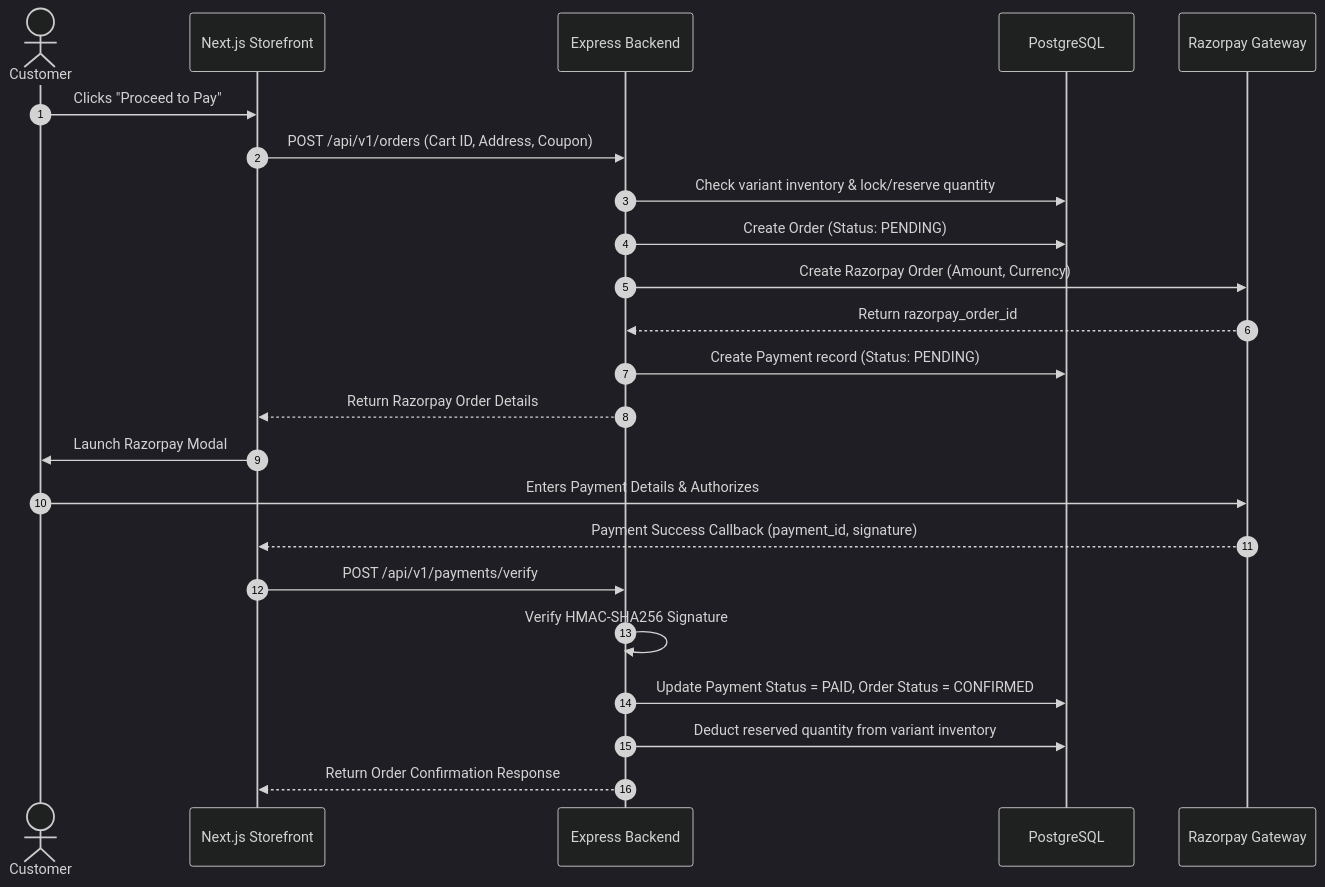
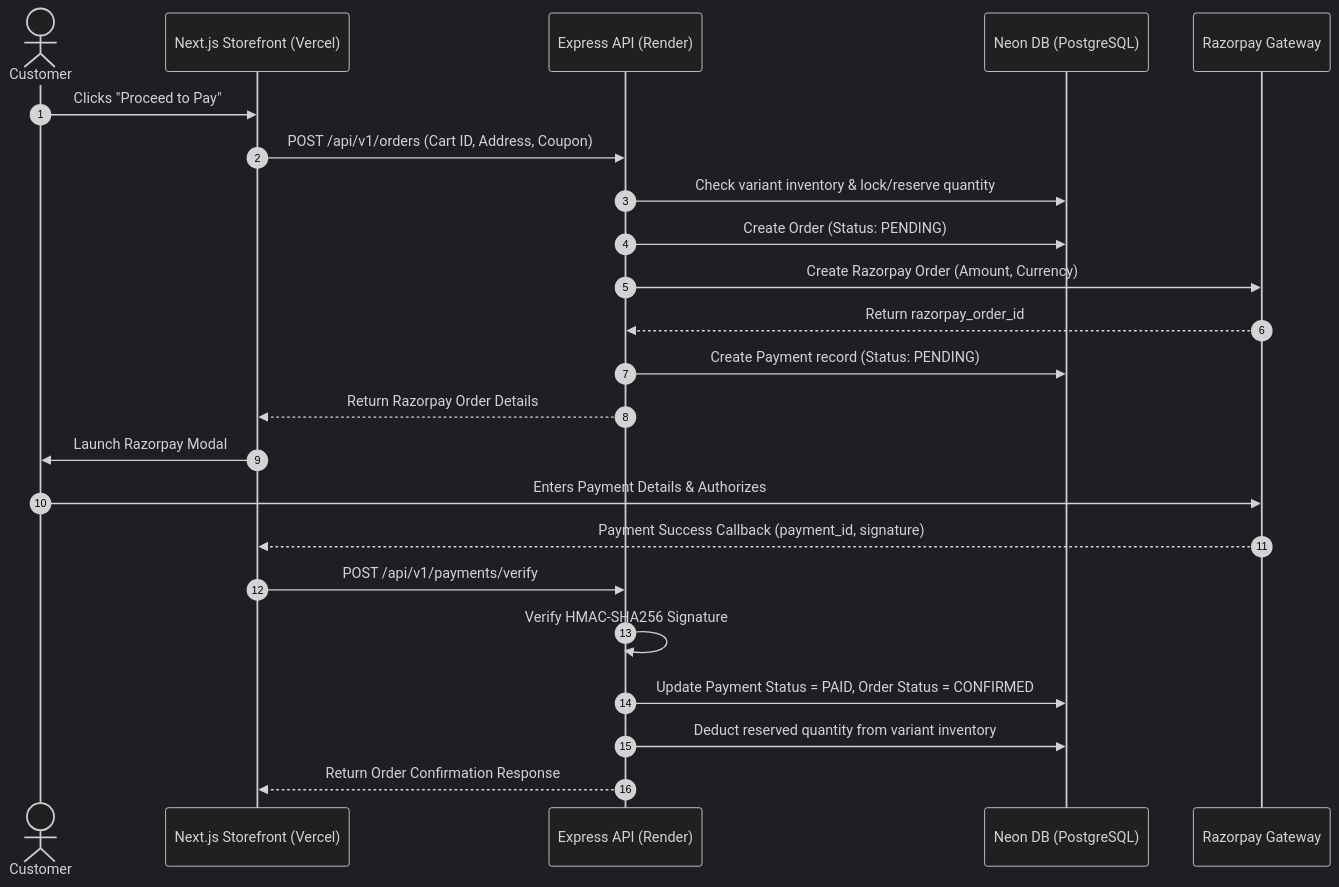
Before and after one commit to BankimKamila185/brand: the third of 3 diagrams in ARCHITECTURE.md, drawn with Mermaid (dark theme). The commit also changed other lines of this file and 1 other file, not shown here.

Commit message:
docs: update architecture and tech stack to reflect Vercel, Render, Render Redis, Neon DB, and Cloudflare R2

````diff
--- a/ARCHITECTURE.md
+++ b/ARCHITECTURE.md
@@ -170,26 +144,26 @@
 ```mermaid
 sequenceDiagram
     autonumber
     actor Customer
-    participant App as Next.js Storefront
-    participant API as Express Backend
-    participant DB as PostgreSQL
+    participant App as Next.js Storefront (Vercel)
+    participant API as Express API (Render)
+    participant DB as Neon DB (PostgreSQL)
     participant RZ as Razorpay Gateway
 
     Customer->>App: Clicks "Proceed to Pay"
     App->>API: POST /api/v1/orders (Cart ID, Address, Coupon)
     API->>DB: Check variant inventory & lock/reserve quantity
     API->>DB: Create Order (Status: PENDING)
     API->>RZ: Create Razorpay Order (Amount, Currency)
     RZ-->>API: Return razorpay_order_id
     API->>DB: Create Payment record (Status: PENDING)
     API-->>App: Return Razorpay Order Details
     App->>Customer: Launch Razorpay Modal
     Customer->>RZ: Enters Payment Details & Authorizes
     RZ-->>App: Payment Success Callback (payment_id, signature)
     App->>API: POST /api/v1/payments/verify
     API->>API: Verify HMAC-SHA256 Signature
     API->>DB: Update Payment Status = PAID, Order Status = CONFIRMED
     API->>DB: Deduct reserved quantity from variant inventory
     API-->>App: Return Order Confirmation Response
 ```
````
